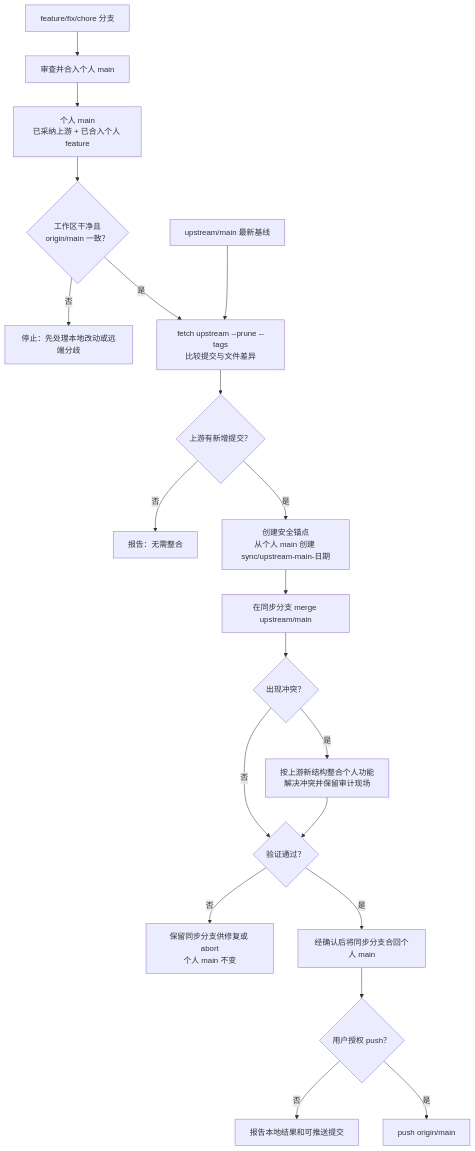
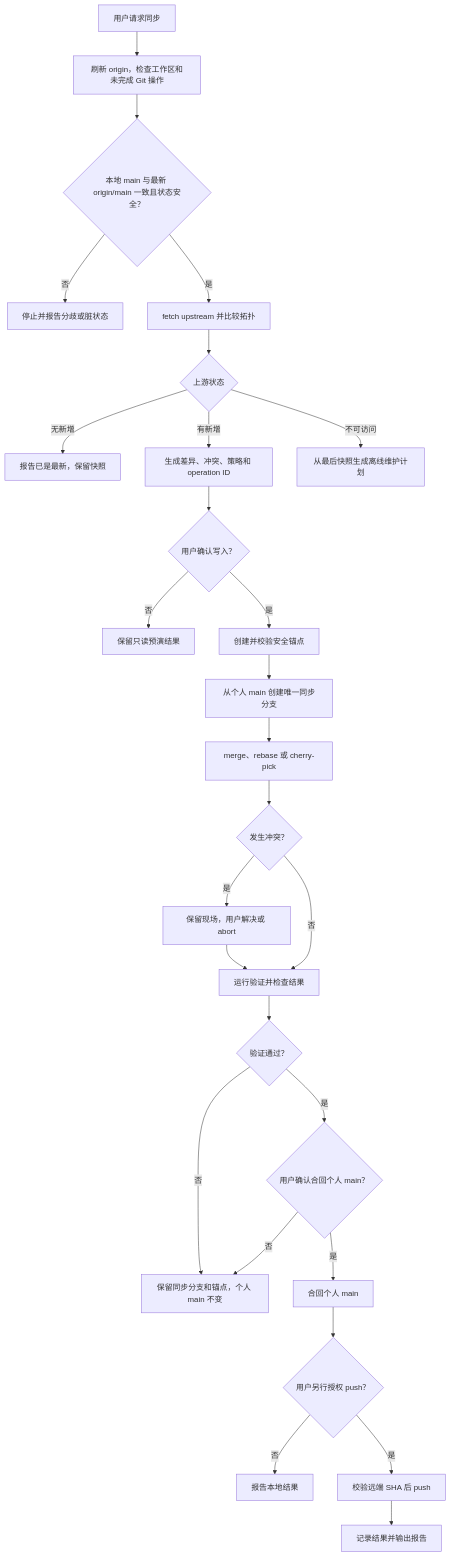
The second of 2 diagrams in docs/superpowers/specs/2026-07-29-fork-repository-maintenance-skill-prd.md (wk1995/skill), drawn with Mermaid before and after one commit. The commit also changed other lines of this file, not shown here.

````diff
--- a/docs/superpowers/specs/2026-07-29-fork-repository-maintenance-skill-prd.md
+++ b/docs/superpowers/specs/2026-07-29-fork-repository-maintenance-skill-prd.md
@@ -133,22 +176,29 @@
 ```mermaid
 flowchart TD
-    Feature["feature/fix/chore 分支"] --> FeatureReview["审查并合入个人 main"]
-    FeatureReview --> PersonalMain["个人 main\n已采纳上游 + 已合入个人 feature"]
-    PersonalMain --> Clean{"工作区干净且\norigin/main 一致？"}
-    Clean -- "否" --> Stop["停止：先处理本地改动或远端分歧"]
-    Clean -- "是" --> Fetch["fetch upstream --prune --tags\n比较提交与文件差异"]
-    Upstream["upstream/main 最新基线"] --> Fetch
-    Fetch --> Ahead{"上游有新增提交？"}
-    Ahead -- "否" --> Noop["报告：无需整合"]
-    Ahead -- "是" --> Anchor["创建安全锚点\n从个人 main 创建 sync/upstream-main-日期"]
-    Anchor --> Merge["在同步分支 merge upstream/main"]
-    Merge --> Conflict{"出现冲突？"}
-    Conflict -- "是" --> Resolve["按上游新结构整合个人功能\n解决冲突并保留审计现场"]
-    Conflict -- "否" --> Verify{"验证通过？"}
+    Begin[用户请求同步] --> Preflight[刷新 origin，检查工作区和未完成 Git 操作]
+    Preflight --> Safe{本地 main 与最新 origin/main 一致且状态安全？}
+    Safe -- 否 --> Stop[停止并报告分歧或脏状态]
+    Safe -- 是 --> UpstreamFetch[fetch upstream 并比较拓扑]
+    UpstreamFetch --> UpstreamState{上游状态}
+    UpstreamState -- 无新增 --> Current[报告已是最新，保留快照]
+    UpstreamState -- 有新增 --> Plan[生成差异、冲突、策略和 operation ID]
+    UpstreamState -- 不可访问 --> RestorePlan[从最后快照生成离线维护计划]
+    Plan --> Confirm{用户确认写入？}
+    Confirm -- 否 --> Preview[保留只读预演结果]
+    Confirm -- 是 --> Anchor[创建并校验安全锚点]
+    Anchor --> SyncBranch[从个人 main 创建唯一同步分支]
+    SyncBranch --> Integrate[merge、rebase 或 cherry-pick]
+    Integrate --> Conflict{发生冲突？}
+    Conflict -- 是 --> Resolve[保留现场，用户解决或 abort]
     Resolve --> Verify
-    Verify -- "否" --> Keep["保留同步分支供修复或 abort\n个人 main 不变"]
-    Verify -- "是" --> Integrate["经确认后将同步分支合回个人 main"]
-    Integrate --> Push{"用户授权 push？"}
-    Push -- "否" --> Report["报告本地结果和可推送提交"]
-    Push -- "是" --> Origin["push origin/main"]
+    Conflict -- 否 --> Verify[运行验证并检查结果]
+    Verify --> Pass{验证通过？}
+    Pass -- 否 --> Keep[保留同步分支和锚点，个人 main 不变]
+    Pass -- 是 --> MainConfirm{用户确认合回个人 main？}
+    MainConfirm -- 否 --> Keep
+    MainConfirm -- 是 --> IntegrateMain[合回个人 main]
+    IntegrateMain --> PushConfirm{用户另行授权 push？}
+    PushConfirm -- 否 --> Report[报告本地结果]
+    PushConfirm -- 是 --> Push[校验远端 SHA 后 push]
+    Push --> FinalReport[记录结果并输出报告]
 ```
````
